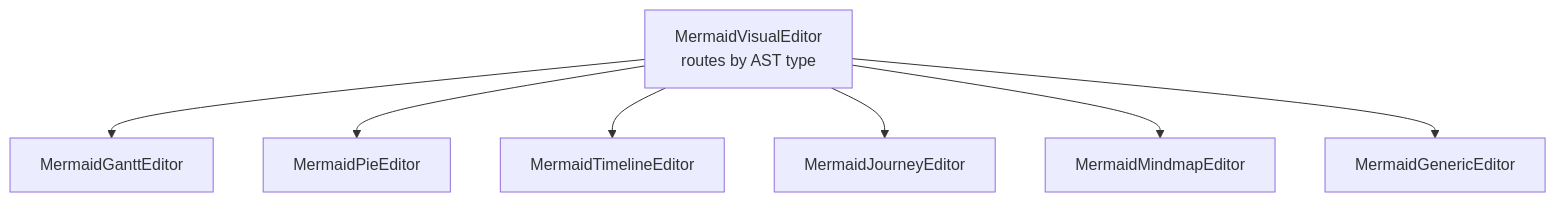
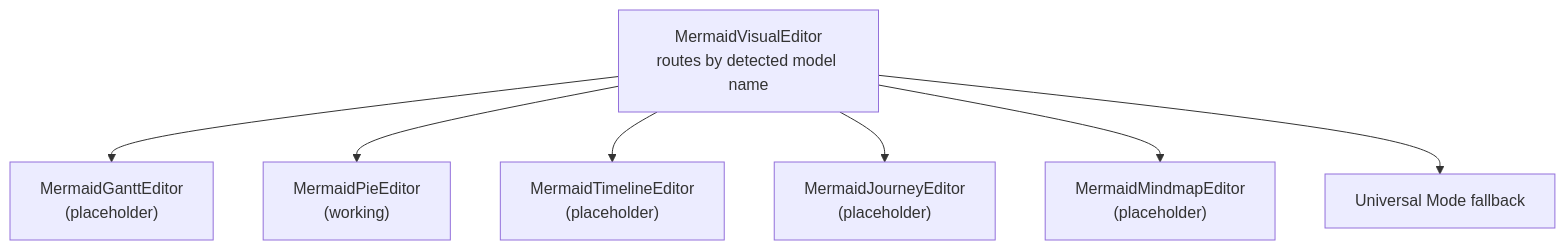
One commit to ongchonghian/universal-diagram-editor changed the first of 4 diagrams in .qoder/repowiki/en/content/Diagram Types and Formats/Mermaid Diagrams/Gantt Charts and Pie Charts.md. Above: the diagram before and after it, drawn with Mermaid. The commit also changed other lines of this file and 31 other files, not shown here.

````diff
--- a/.qoder/repowiki/en/content/Diagram Types and Formats/Mermaid Diagrams/Gantt Charts and Pie Charts.md
+++ b/.qoder/repowiki/en/content/Diagram Types and Formats/Mermaid Diagrams/Gantt Charts and Pie Charts.md
@@ -40,9 +39,9 @@
 ```mermaid
 graph TB
-Router["MermaidVisualEditor<br/>routes by AST type"] --> Gantt["MermaidGanttEditor"]
-Router --> Pie["MermaidPieEditor"]
-Router --> Timeline["MermaidTimelineEditor"]
-Router --> Journey["MermaidJourneyEditor"]
-Router --> Mindmap["MermaidMindmapEditor"]
-Router --> Generic["MermaidGenericEditor"]
+Router["MermaidVisualEditor<br/>routes by detected model name"] --> Gantt["MermaidGanttEditor<br/>(placeholder)"]
+Router --> Pie["MermaidPieEditor<br/>(working)"]
+Router --> Timeline["MermaidTimelineEditor<br/>(placeholder)"]
+Router --> Journey["MermaidJourneyEditor<br/>(placeholder)"]
+Router --> Mindmap["MermaidMindmapEditor<br/>(placeholder)"]
+Router --> Generic["Universal Mode fallback"]
 ```
````
